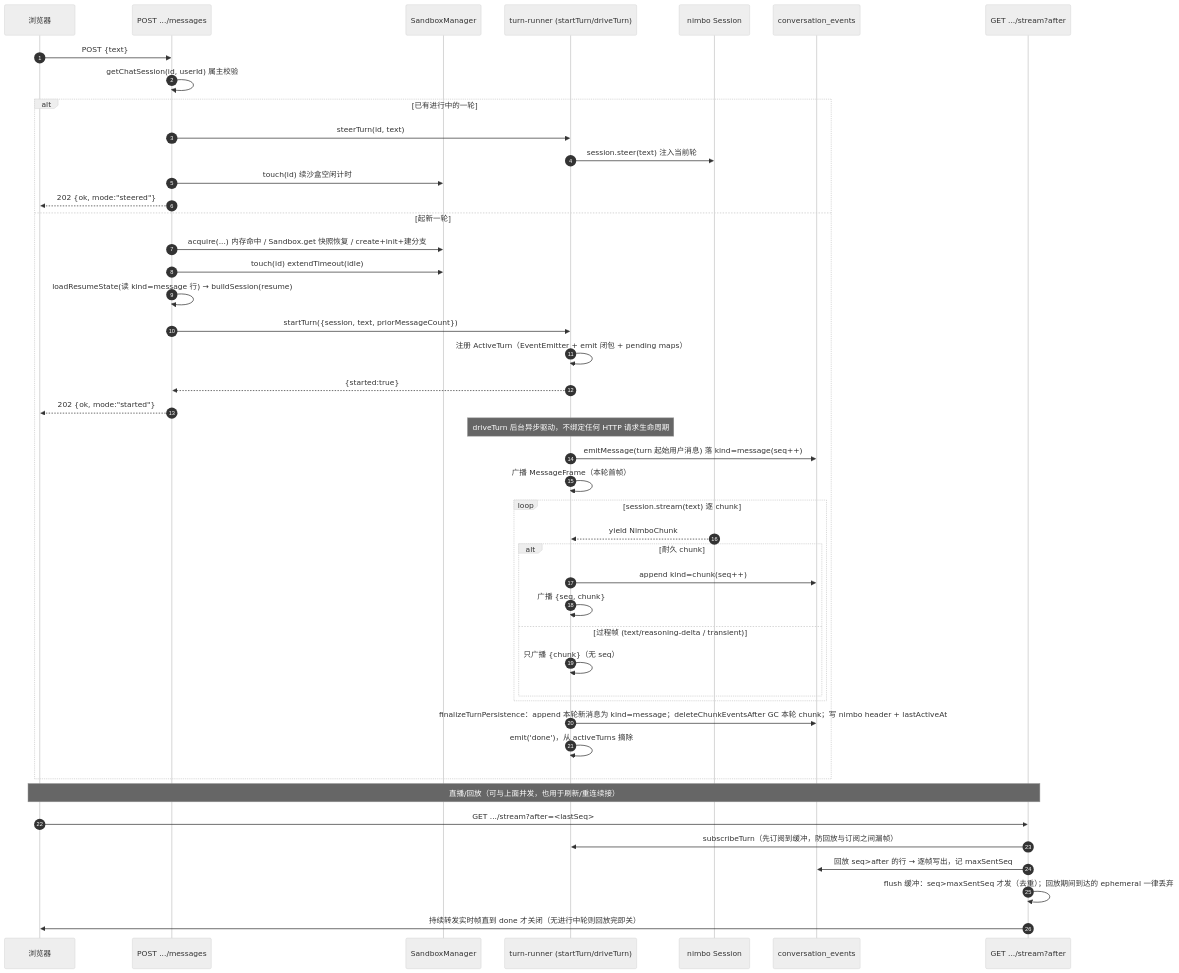
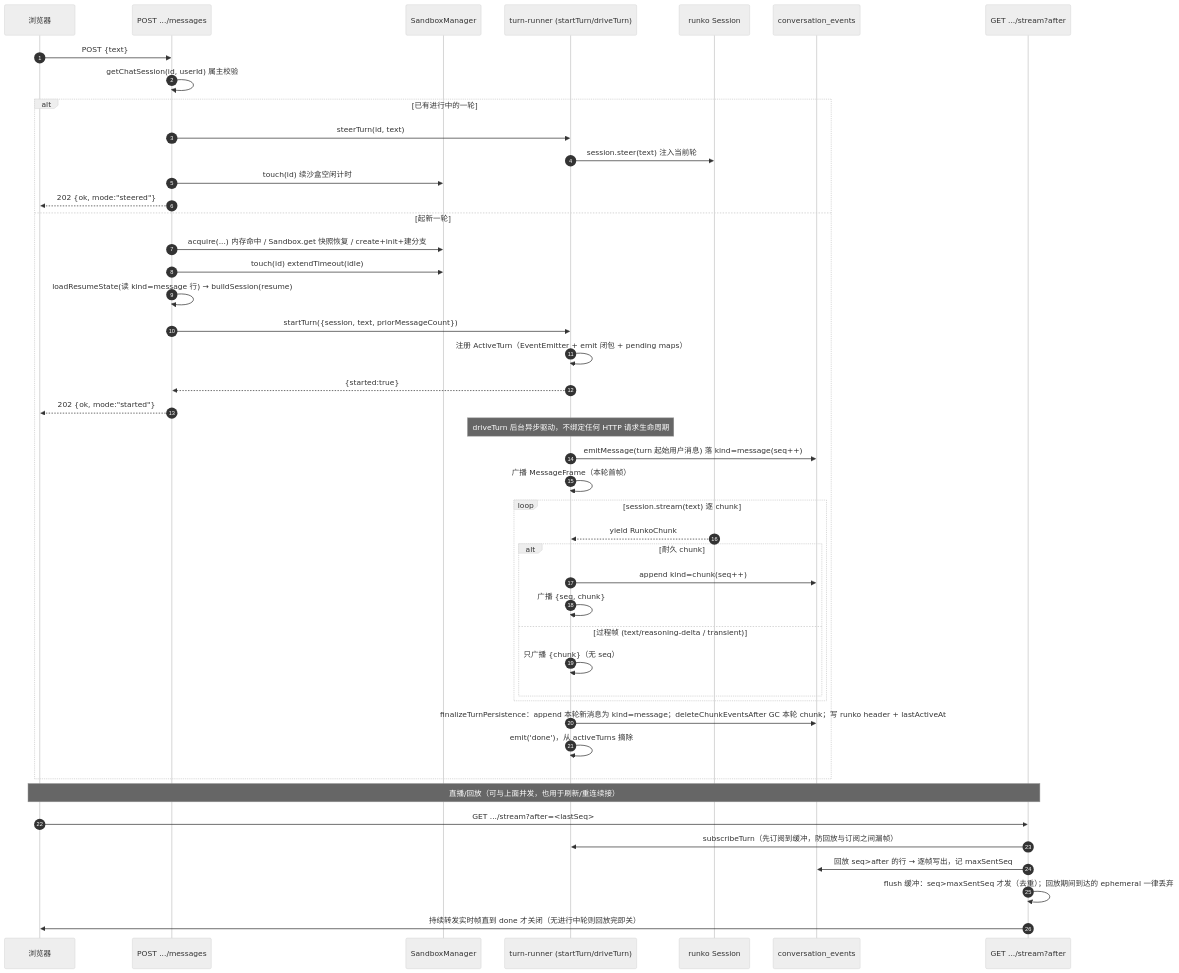
The second of 2 diagrams in docs/ingress/tech/chat-webapp.md (ludafa/runko), drawn with Mermaid (neutral theme) before and after one commit. The commit also changed other lines of this file and 450 other files, not shown here.

First line of the commit message:
refactor: 全仓库改名 nimbo → runko，库表名改用 agent_ 前缀

````diff
--- a/docs/ingress/tech/chat-webapp.md
+++ b/docs/ingress/tech/chat-webapp.md
@@ -78,49 +78,49 @@
 ```mermaid
 sequenceDiagram
     autonumber
     participant Web as 浏览器
     participant Msg as POST .../messages
     participant SM as SandboxManager
     participant TR as turn-runner (startTurn/driveTurn)
-    participant S as nimbo Session
+    participant S as runko Session
     participant DB as conversation_events
     participant Stream as GET .../stream?after
 
     Web->>Msg: POST {text}
     Msg->>Msg: getChatSession(id, userId) 属主校验
     alt 已有进行中的一轮
         Msg->>TR: steerTurn(id, text)
         TR->>S: session.steer(text) 注入当前轮
         Msg->>SM: touch(id) 续沙盒空闲计时
         Msg-->>Web: 202 {ok, mode:"steered"}
     else 起新一轮
         Msg->>SM: acquire(...) 内存命中 / Sandbox.get 快照恢复 / create+init+建分支
         Msg->>SM: touch(id) extendTimeout(idle)
         Msg->>Msg: loadResumeState(读 kind=message 行) → buildSession(resume)
         Msg->>TR: startTurn({session, text, priorMessageCount})
         TR->>TR: 注册 ActiveTurn（EventEmitter + emit 闭包 + pending maps）
         TR-->>Msg: {started:true}
         Msg-->>Web: 202 {ok, mode:"started"}
         Note over TR: driveTurn 后台异步驱动，不绑定任何 HTTP 请求生命周期
         TR->>DB: emitMessage(turn 起始用户消息) 落 kind=message(seq++)
         TR->>TR: 广播 MessageFrame（本轮首帧）
         loop session.stream(text) 逐 chunk
-            S-->>TR: yield NimboChunk
+            S-->>TR: yield RunkoChunk
             alt 耐久 chunk
                 TR->>DB: append kind=chunk(seq++)
                 TR->>TR: 广播 {seq, chunk}
             else 过程帧 (text/reasoning-delta / transient)
                 TR->>TR: 只广播 {chunk}（无 seq）
             end
         end
-        TR->>DB: finalizeTurnPersistence：append 本轮新消息为 kind=message；deleteChunkEventsAfter GC 本轮 chunk；写 nimbo header + lastActiveAt
+        TR->>DB: finalizeTurnPersistence：append 本轮新消息为 kind=message；deleteChunkEventsAfter GC 本轮 chunk；写 runko header + lastActiveAt
         TR->>TR: emit('done')，从 activeTurns 摘除
     end
 
     Note over Web,Stream: 直播/回放（可与上面并发，也用于刷新/重连续接）
     Web->>Stream: GET .../stream?after=<lastSeq>
     Stream->>TR: subscribeTurn（先订阅到缓冲，防回放与订阅之间漏帧）
     Stream->>DB: 回放 seq>after 的行 → 逐帧写出，记 maxSentSeq
     Stream->>Stream: flush 缓冲：seq>maxSentSeq 才发（去重）；回放期间到达的 ephemeral 一律丢弃
     Stream->>Web: 持续转发实时帧直到 done 才关闭（无进行中轮则回放完即关）
 ```
````
